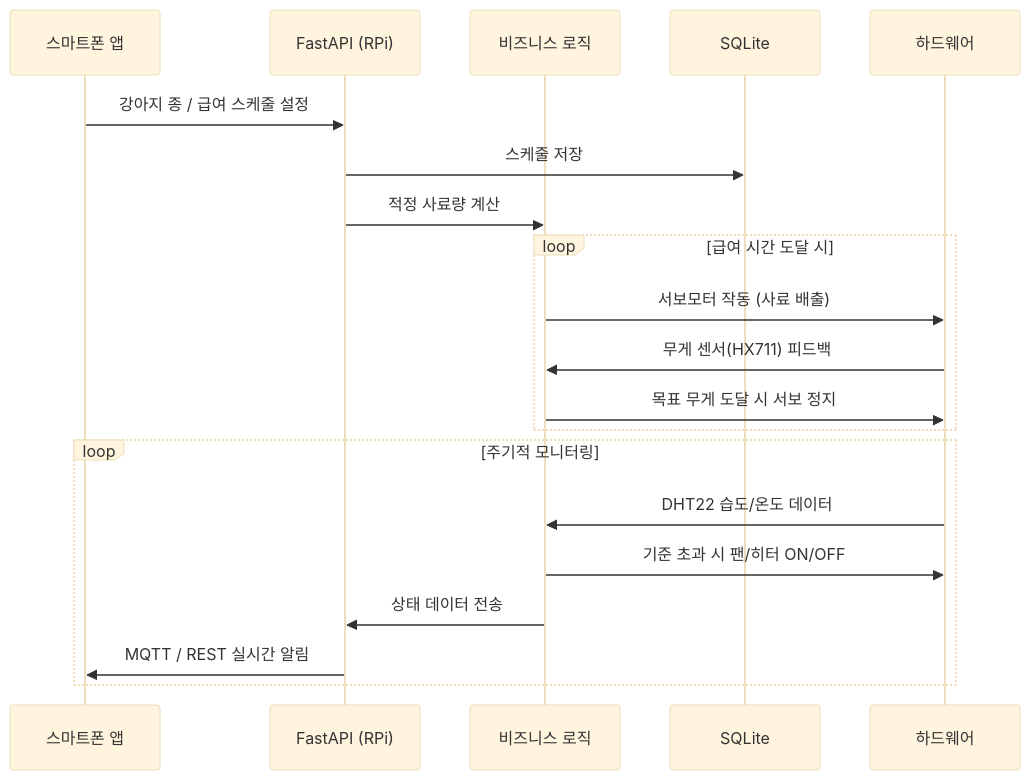
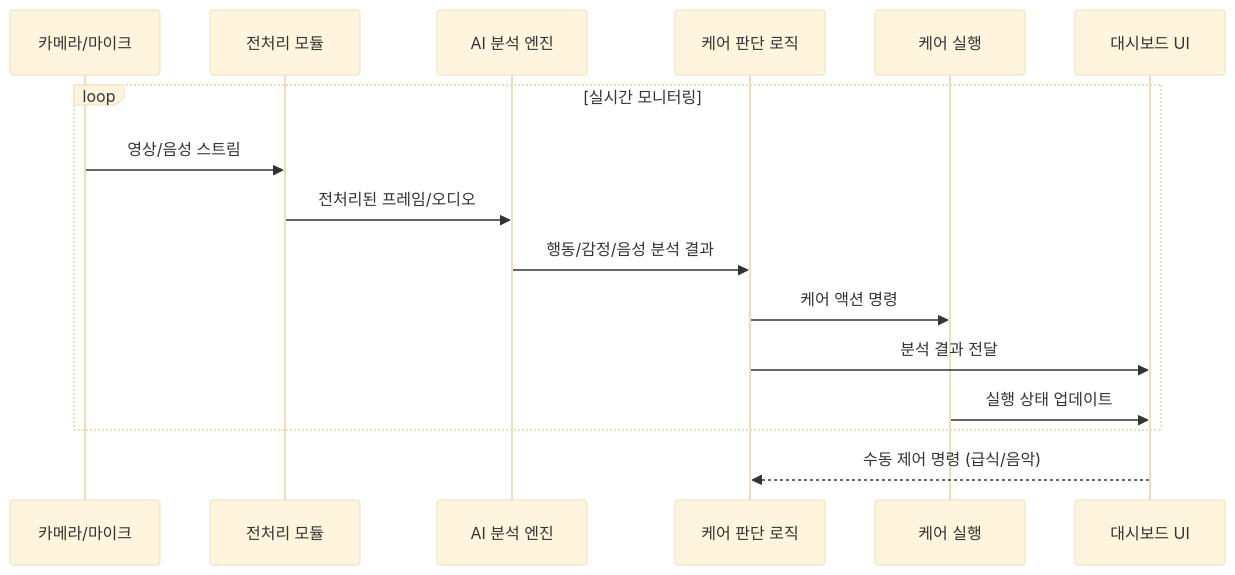
The third of 3 diagrams in diagram.md (wuerphe39/SMART-DOG-CARE), drawn with Mermaid (base theme) before and after one commit. The commit also changed other lines of this file and 1 other file, not shown here.

First line of the commit message:
Update project spec and system block diagram

````diff
--- a/diagram.md
+++ b/diagram.md
@@ -66,25 +85,20 @@
 ```mermaid
 sequenceDiagram
-    participant App as 스마트폰 앱
-    participant API as FastAPI (RPi)
-    participant Logic as 비즈니스 로직
-    participant DB as SQLite
-    participant HW as 하드웨어
+    participant CAM as 카메라/마이크
+    participant PRE as 전처리 모듈
+    participant AI as AI 분석 엔진
+    participant CARE as 케어 판단 로직
+    participant ACTION as 케어 실행
+    participant UI as 대시보드 UI
 
-    App->>API: 강아지 종 / 급여 스케줄 설정
-    API->>DB: 스케줄 저장
-    API->>Logic: 적정 사료량 계산
-
-    loop 급여 시간 도달 시
-        Logic->>HW: 서보모터 작동 (사료 배출)
-        HW->>Logic: 무게 센서(HX711) 피드백
-        Logic->>HW: 목표 무게 도달 시 서보 정지
+    loop 실시간 모니터링
+        CAM->>PRE: 영상/음성 스트림
+        PRE->>AI: 전처리된 프레임/오디오
+        AI->>CARE: 행동/감정/음성 분석 결과
+        CARE->>ACTION: 케어 액션 명령
+        CARE->>UI: 분석 결과 전달
+        ACTION->>UI: 실행 상태 업데이트
     end
 
-    loop 주기적 모니터링
-        HW->>Logic: DHT22 습도/온도 데이터
-        Logic->>HW: 기준 초과 시 팬/히터 ON/OFF
-        Logic->>API: 상태 데이터 전송
-        API->>App: MQTT / REST 실시간 알림
-    end
+    UI-->>CARE: 수동 제어 명령 (급식/음악)
 ```
````
